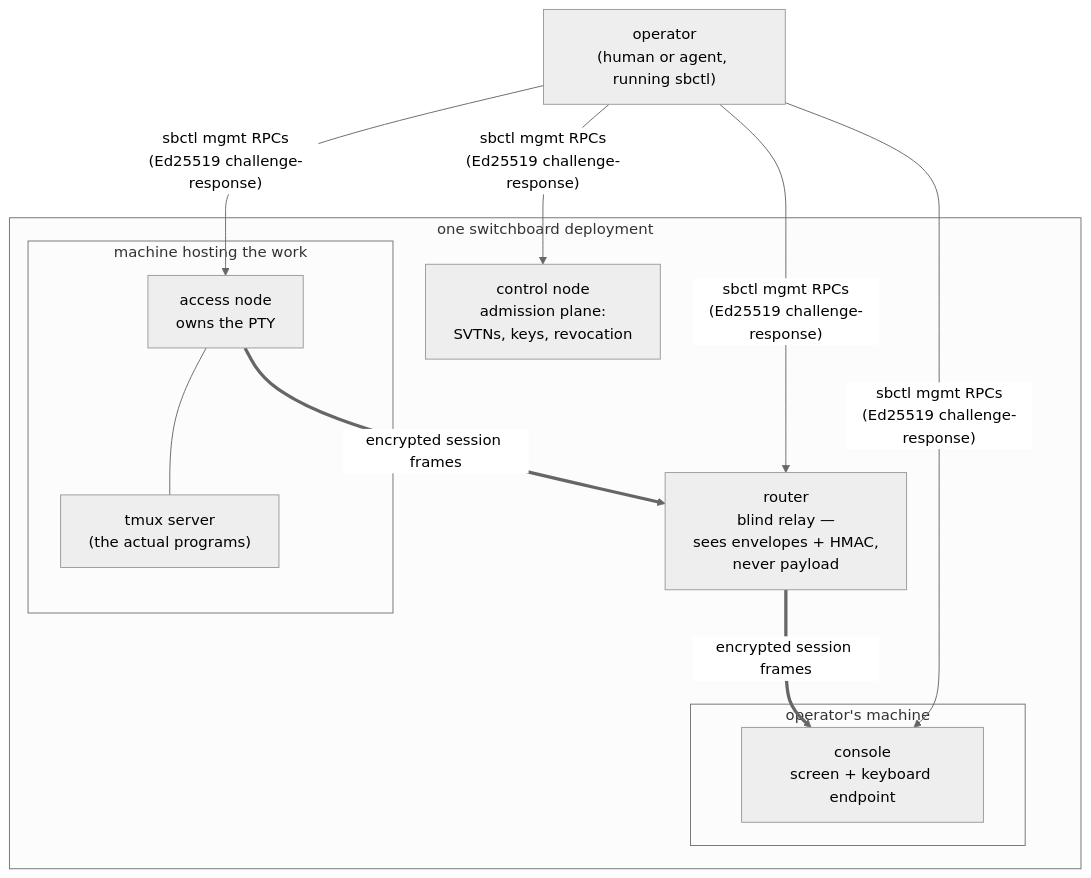
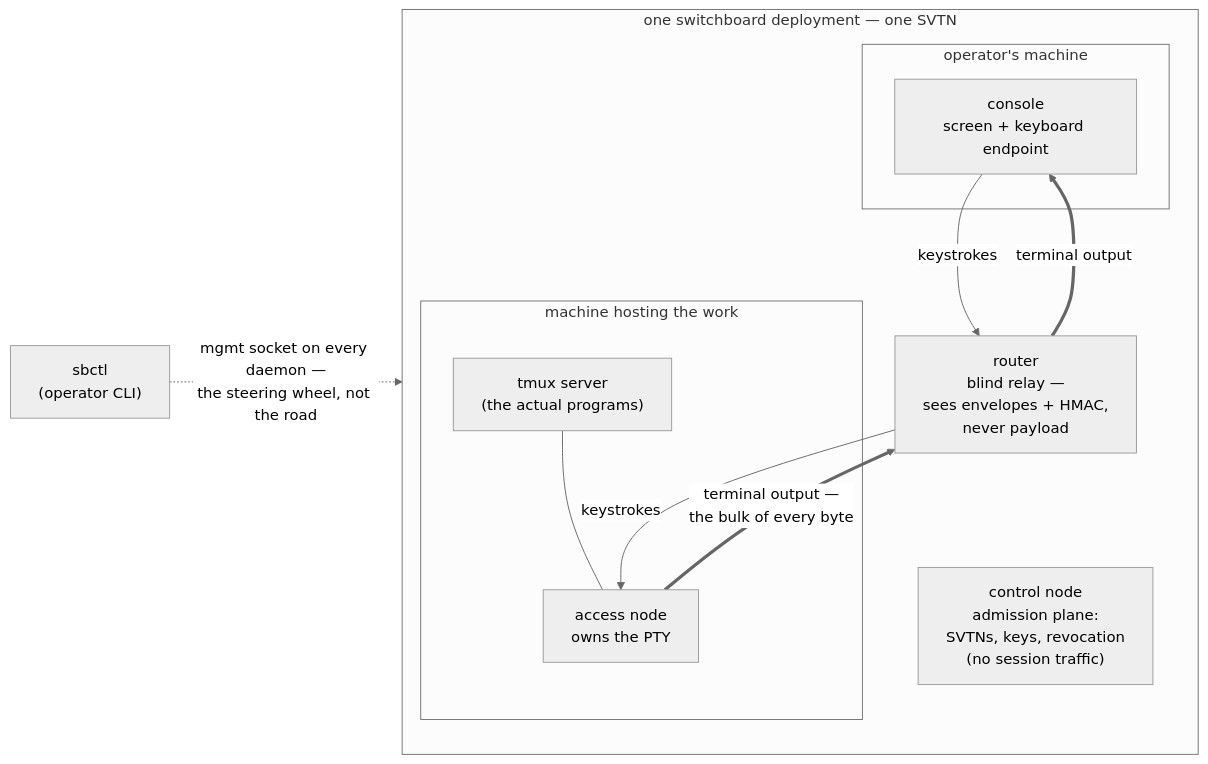
Before and after one commit to ArcavenAE/switchboard-blue: the second of 7 diagrams in docs/architecture.md, drawn with Mermaid (neutral theme). The commit also changed other lines of this file and 9 other files, not shown here.

````diff
--- a/docs/architecture.md
+++ b/docs/architecture.md
@@ -78,21 +103,21 @@
 ```mermaid
-graph TB
-    OP["operator<br/>(human or agent, running sbctl)"]
-
-    subgraph deployment["one switchboard deployment"]
-        CT["control node<br/>admission plane:<br/>SVTNs, keys, revocation"]
+graph LR
+    subgraph deployment["one switchboard deployment — one SVTN"]
+        subgraph m1["machine hosting the work"]
+            TM["tmux server<br/>(the actual programs)"]
+            AN["access node<br/>owns the PTY"]
+            TM --- AN
+        end
         R["router<br/>blind relay —<br/>sees envelopes + HMAC,<br/>never payload"]
-        subgraph m1["machine hosting the work"]
-            AN["access node<br/>owns the PTY"]
-            TM["tmux server<br/>(the actual programs)"]
-            AN --- TM
-        end
         subgraph m2["operator's machine"]
             CN["console<br/>screen + keyboard endpoint"]
         end
+        CT["control node<br/>admission plane:<br/>SVTNs, keys, revocation<br/>(no session traffic)"]
     end
 
-    OP -- "sbctl mgmt RPCs<br/>(Ed25519 challenge-response)" --> CT & R & AN & CN
-    AN == "encrypted session frames" ==> R
-    R == "encrypted session frames" ==> CN
+    AN == "terminal output —<br/>the bulk of every byte" ==> R
+    R == "terminal output" ==> CN
+    CN -- "keystrokes" --> R
+    R -- "keystrokes" --> AN
+    SB["sbctl<br/>(operator CLI)"] -. "mgmt socket on every daemon —<br/>the steering wheel, not the road" .-> deployment
 ```
````
